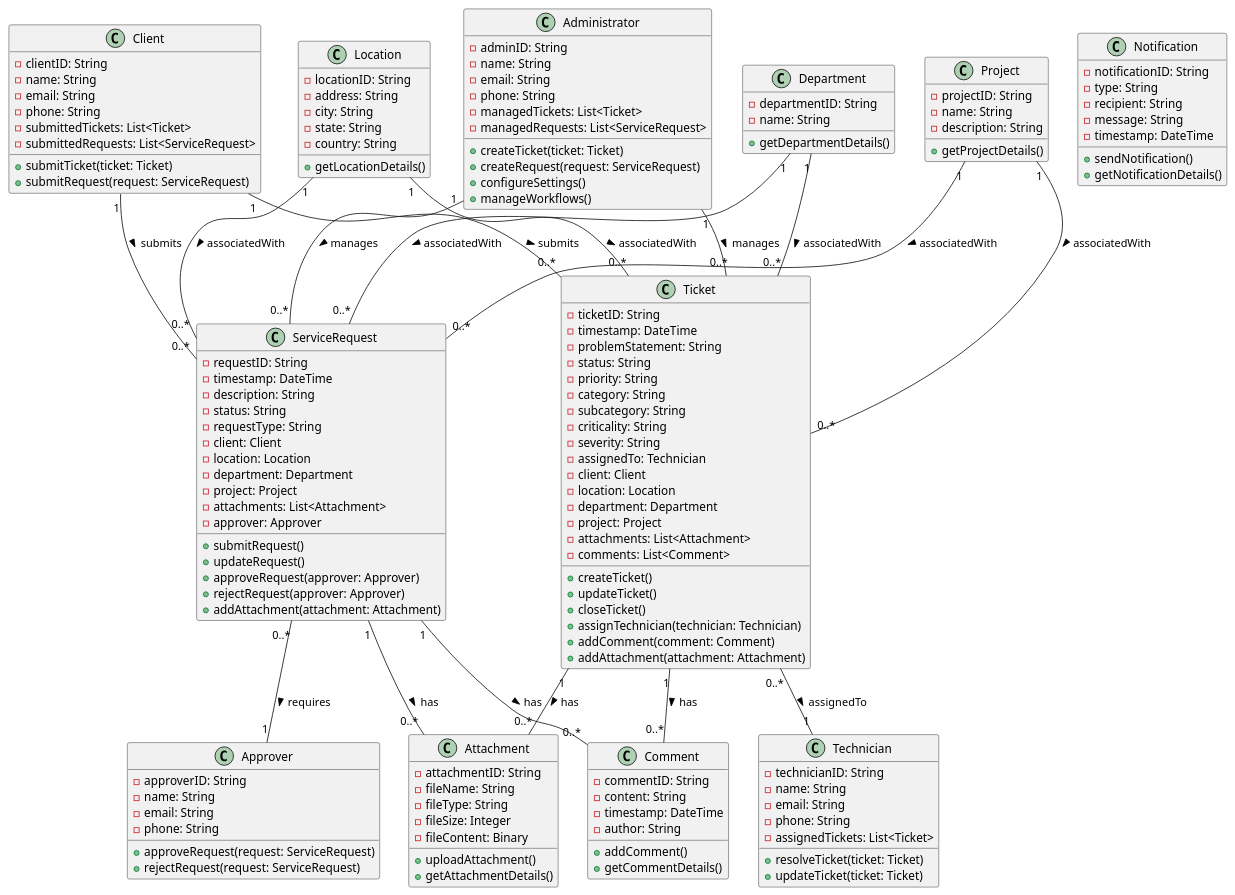
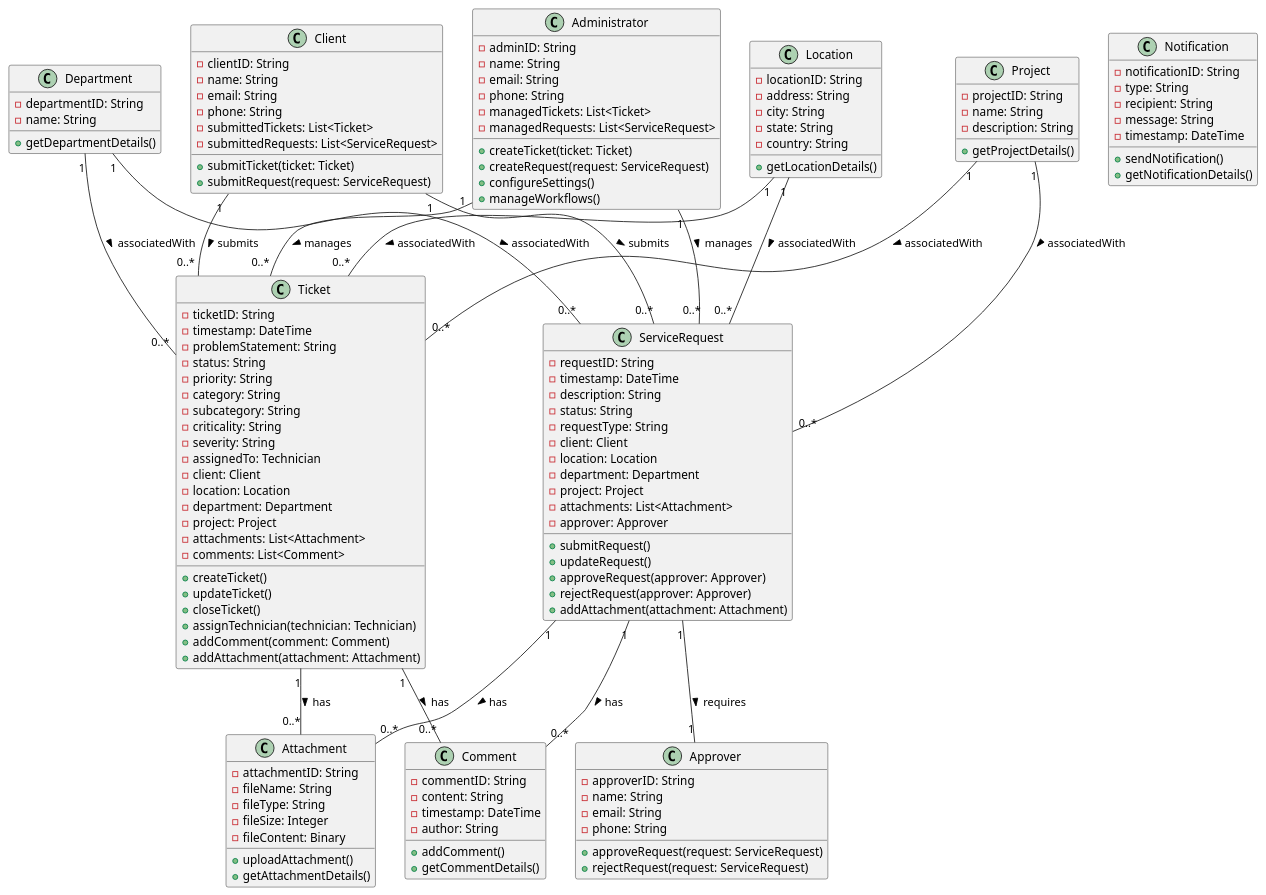
One commit to avanishjha/asset_management changed the diagram in class_diagram.plantuml. Above: the diagram before and after it, drawn with PlantUML.

Commit message:
Class Diagram

```diff
--- a/class_diagram.plantuml
+++ b/class_diagram.plantuml
@@ -1,160 +1,149 @@
 @startuml
 
 ' Define classes
 class Ticket {
   - ticketID: String
   - timestamp: DateTime
   - problemStatement: String
   - status: String
   - priority: String
   - category: String
   - subcategory: String
   - criticality: String
   - severity: String
   - assignedTo: Technician
   - client: Client
   - location: Location
   - department: Department
   - project: Project
   - attachments: List<Attachment>
   - comments: List<Comment>
   + createTicket()
   + updateTicket()
   + closeTicket()
   + assignTechnician(technician: Technician)
   + addComment(comment: Comment)
   + addAttachment(attachment: Attachment)
 }
 
 class ServiceRequest {
   - requestID: String
   - timestamp: DateTime
   - description: String
   - status: String
   - requestType: String
   - client: Client
   - location: Location
   - department: Department
   - project: Project
   - attachments: List<Attachment>
   - approver: Approver
   + submitRequest()
   + updateRequest()
   + approveRequest(approver: Approver)
   + rejectRequest(approver: Approver)
   + addAttachment(attachment: Attachment)
-}
-
-class Technician {
-  - technicianID: String
-  - name: String
-  - email: String
-  - phone: String
-  - assignedTickets: List<Ticket>
-  + resolveTicket(ticket: Ticket)
-  + updateTicket(ticket: Ticket)
 }
 
 class Administrator {
   - adminID: String
   - name: String
   - email: String
   - phone: String
   - managedTickets: List<Ticket>
   - managedRequests: List<ServiceRequest>
   + createTicket(ticket: Ticket)
   + createRequest(request: ServiceRequest)
   + configureSettings()
   + manageWorkflows()
 }
 
 class Client {
   - clientID: String
   - name: String
   - email: String
   - phone: String
   - submittedTickets: List<Ticket>
   - submittedRequests: List<ServiceRequest>
   + submitTicket(ticket: Ticket)
   + submitRequest(request: ServiceRequest)
 }
 
 class Location {
   - locationID: String
   - address: String
   - city: String
   - state: String
   - country: String
   + getLocationDetails()
 }
 
 class Department {
   - departmentID: String
   - name: String
   + getDepartmentDetails()
 }
 
 class Project {
   - projectID: String
   - name: String
   - description: String
   + getProjectDetails()
 }
 
 class Attachment {
   - attachmentID: String
   - fileName: String
   - fileType: String
   - fileSize: Integer
   - fileContent: Binary
   + uploadAttachment()
   + getAttachmentDetails()
 }
 
 class Comment {
   - commentID: String
   - content: String
   - timestamp: DateTime
   - author: String
   + addComment()
   + getCommentDetails()
 }
 
 class Approver {
   - approverID: String
   - name: String
   - email: String
   - phone: String
   + approveRequest(request: ServiceRequest)
   + rejectRequest(request: ServiceRequest)
 }
 
 class Notification {
   - notificationID: String
   - type: String
   - recipient: String
   - message: String
   - timestamp: DateTime
   + sendNotification()
   + getNotificationDetails()
 }
 
 ' Define relationships
 Ticket "1" -- "0..*" Attachment : has >
 Ticket "1" -- "0..*" Comment : has >
 ServiceRequest "1" -- "0..*" Attachment : has >
 ServiceRequest "1" -- "0..*" Comment : has >
-Ticket "0..*" -- "1" Technician : assignedTo >
-ServiceRequest "0..*" -- "1" Approver : requires >
+ServiceRequest "1" -- "1" Approver : requires >
 Client "1" -- "0..*" Ticket : submits >
 Client "1" -- "0..*" ServiceRequest : submits >
 Administrator "1" -- "0..*" Ticket : manages >
 Administrator "1" -- "0..*" ServiceRequest : manages >
 Location "1" -- "0..*" Ticket : associatedWith >
 Department "1" -- "0..*" Ticket : associatedWith >
 Project "1" -- "0..*" Ticket : associatedWith >
 Location "1" -- "0..*" ServiceRequest : associatedWith >
 Department "1" -- "0..*" ServiceRequest : associatedWith >
 Project "1" -- "0..*" ServiceRequest : associatedWith >
 
 @enduml
```
